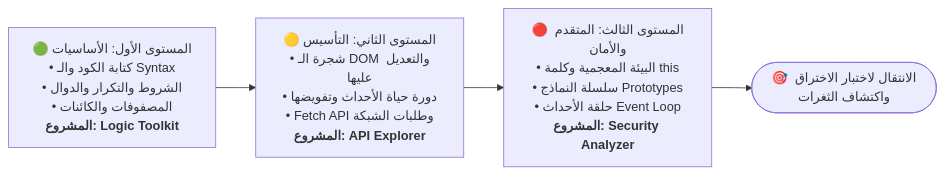
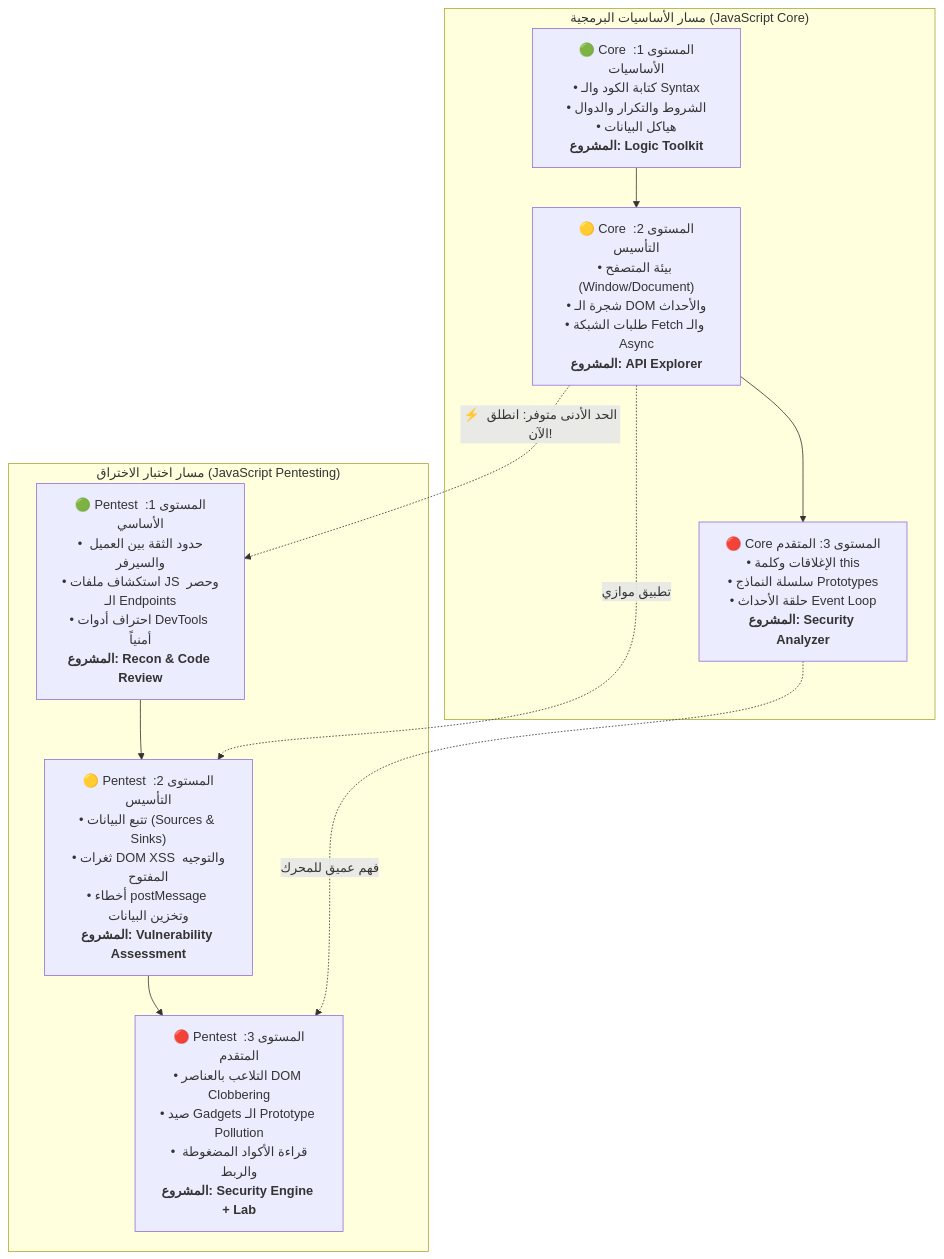
One commit to 0xHaxmed/Programming-Languages changed the diagram in 01-JavaScript-Core/README.ar.md. Above: the diagram before and after it, drawn with Mermaid. The commit also changed other lines of this file and 15 other files, not shown here.

Commit message:
feat: add comprehensive JavaScript-Web-Pentesting track with 3 progressive levels, 5-step methodology, and bilingual architecture

````diff
--- a/01-JavaScript-Core/README.ar.md
+++ b/01-JavaScript-Core/README.ar.md
@@ -15,8 +17,16 @@
 ```mermaid
-flowchart LR
-    L1["🟢 المستوى الأول: الأساسيات<br/>• كتابة الكود والـ Syntax<br/>• الشروط والتكرار والدوال<br/>• المصفوفات والكائنات<br/><b>المشروع: Logic Toolkit</b>"] --> L2["🟡 المستوى الثاني: التأسيس<br/>• شجرة الـ DOM والتعديل عليها<br/>• دورة حياة الأحداث وتفويضها<br/>• Fetch API وطلبات الشبكة<br/><b>المشروع: API Explorer</b>"]
-    
-    L2 --> L3["🔴 المستوى الثالث: المتقدم والأمان<br/>• البيئة المعجمية وكلمة this<br/>• سلسلة النماذج Prototypes<br/>• حلقة الأحداث Event Loop<br/><b>المشروع: Security Analyzer</b>"]
-    
-    L3 --> Out(["🎯 الانتقال لاختبار الاختراق واكتشاف الثغرات"])
+flowchart TD
+    subgraph CoreTrack ["مسار الأساسيات البرمجية (JavaScript Core)"]
+        C1["🟢 Core المستوى 1: الأساسيات<br/>• كتابة الكود والـ Syntax<br/>• الشروط والتكرار والدوال<br/>• هياكل البيانات<br/><b>المشروع: Logic Toolkit</b>"] --> C2["🟡 Core المستوى 2: التأسيس<br/>• بيئة المتصفح (Window/Document)<br/>• شجرة الـ DOM والأحداث<br/>• طلبات الشبكة Fetch والـ Async<br/><b>المشروع: API Explorer</b>"]
+        C2 --> C3["🔴 Core المستوى 3: المتقدم<br/>• الإغلاقات وكلمة this<br/>• سلسلة النماذج Prototypes<br/>• حلقة الأحداث Event Loop<br/><b>المشروع: Security Analyzer</b>"]
+    end
+
+    subgraph PentestTrack ["مسار اختبار الاختراق (JavaScript Pentesting)"]
+        P1["🟢 Pentest المستوى 1: الأساسي<br/>• حدود الثقة بين العميل والسيرفر<br/>• استكشاف ملفات JS وحصر الـ Endpoints<br/>• احتراف أدوات DevTools أمنياً<br/><b>المشروع: Recon & Code Review</b>"] --> P2["🟡 Pentest المستوى 2: التأسيس<br/>• تتبع البيانات (Sources & Sinks)<br/>• ثغرات DOM XSS والتوجيه المفتوح<br/>• أخطاء postMessage وتخزين البيانات<br/><b>المشروع: Vulnerability Assessment</b>"]
+        P2 --> P3["🔴 Pentest المستوى 3: المتقدم<br/>• التلاعب بالعناصر DOM Clobbering<br/>• صيد Gadgets الـ Prototype Pollution<br/>• قراءة الأكواد المضغوطة والربط<br/><b>المشروع: Security Engine + Lab</b>"]
+    end
+
+    C2 -.->|"⚡ الحد الأدنى متوفر: انطلق الآن!"| P1
+    C2 -.->|"تطبيق موازي"| P2
+    C3 -.->|"فهم عميق للمحرك"| P3
 ```
````
